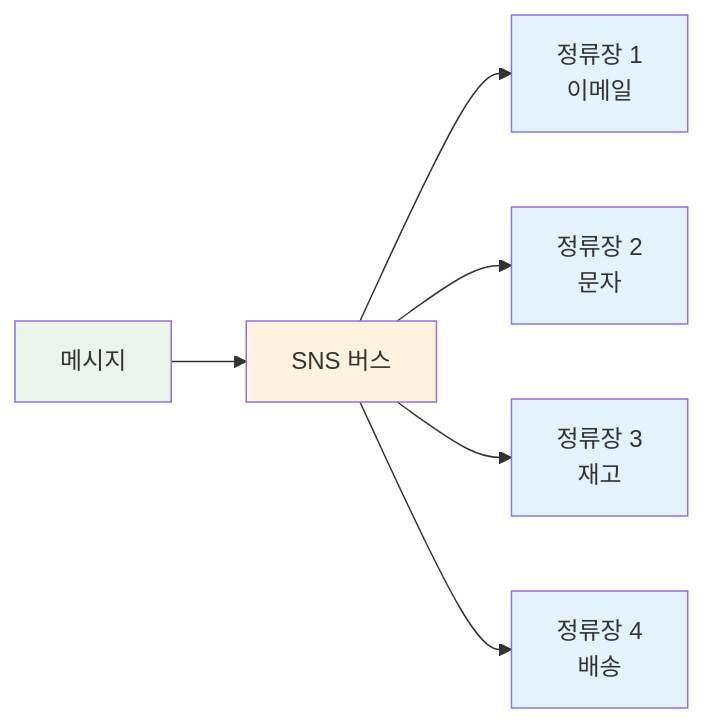
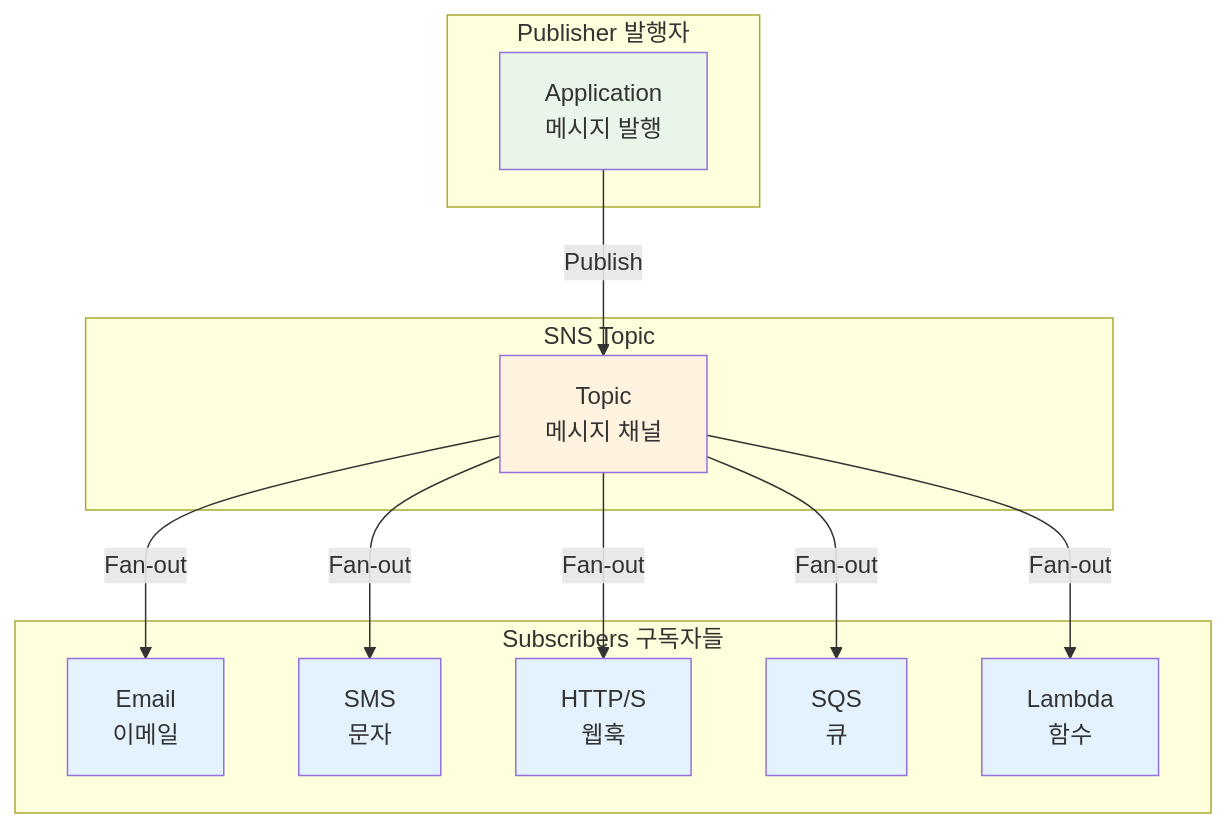
The first of 2 diagrams in theory/november/week_02/day1/session_2.md (niceguy61/kdt_devops_lecture_2025), drawn with Mermaid before and after one commit. The commit also changed other lines of this file and 4 other files, not shown here.

````diff
--- a/theory/november/week_02/day1/session_2.md
+++ b/theory/november/week_02/day1/session_2.md
@@ -77,15 +47,33 @@
 ```mermaid
-graph LR
-    M[메시지] --> B[SNS 버스]
-    B --> S1[정류장 1<br/>이메일]
-    B --> S2[정류장 2<br/>문자]
-    B --> S3[정류장 3<br/>재고]
-    B --> S4[정류장 4<br/>배송]
+graph TB
+    subgraph "Publisher 발행자"
+        P[Application<br/>메시지 발행]
+    end
     
-    style M fill:#e8f5e8
-    style B fill:#fff3e0
+    subgraph "SNS Topic"
+        T[Topic<br/>메시지 채널]
+    end
+    
+    subgraph "Subscribers 구독자들"
+        S1[Email<br/>이메일]
+        S2[SMS<br/>문자]
+        S3[HTTP/S<br/>웹훅]
+        S4[SQS<br/>큐]
+        S5[Lambda<br/>함수]
+    end
+    
+    P -->|Publish| T
+    T -->|Fan-out| S1
+    T -->|Fan-out| S2
+    T -->|Fan-out| S3
+    T -->|Fan-out| S4
+    T -->|Fan-out| S5
+    
+    style P fill:#e8f5e8
+    style T fill:#fff3e0
     style S1 fill:#e3f2fd
     style S2 fill:#e3f2fd
     style S3 fill:#e3f2fd
     style S4 fill:#e3f2fd
+    style S5 fill:#e3f2fd
 ```
````
